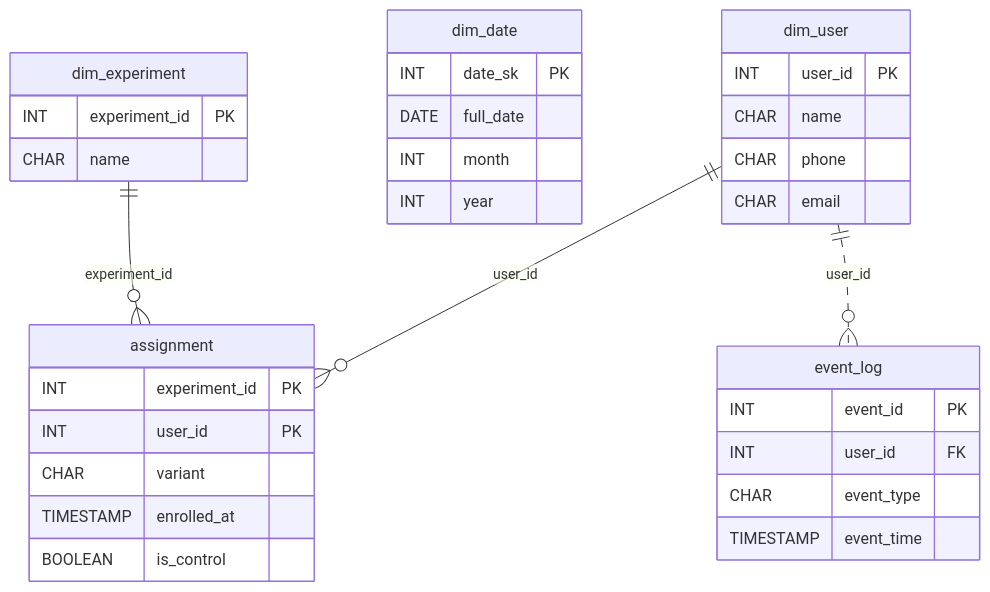
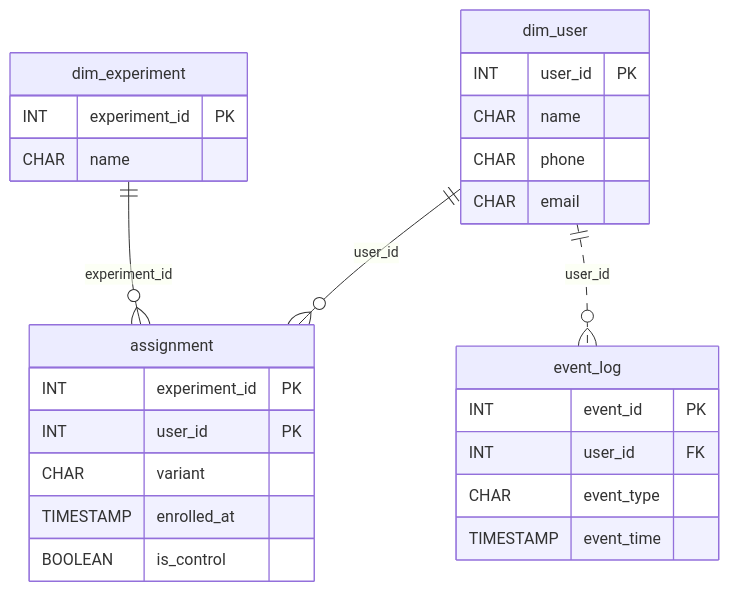
Before and after one commit to Khangtran94/datadriven-practice: the diagram in practice/data_modeling/one-door-each/README.md, drawn with Mermaid. The commit also changed 2 other files, not shown here.

Commit message:
Solve one-door-each

````diff
--- a/practice/data_modeling/one-door-each/README.md
+++ b/practice/data_modeling/one-door-each/README.md
@@ -18,35 +18,29 @@
 ```mermaid
 erDiagram
     dim_user {
         INT user_id PK
         CHAR name
         CHAR phone
         CHAR email
-    }
-    dim_date {
-        INT date_sk PK
-        DATE full_date
-        INT month
-        INT year
     }
     dim_experiment {
         INT experiment_id PK
         CHAR name
     }
     assignment {
         INT experiment_id PK
         INT user_id PK
         CHAR variant
         TIMESTAMP enrolled_at
         BOOLEAN is_control
     }
     event_log {
         INT event_id PK
         INT user_id FK
         CHAR event_type
         TIMESTAMP event_time
     }
     dim_experiment only one to zero or more assignment : "experiment_id"
     dim_user only one to zero or more assignment : "user_id"
     dim_user only one optionally to zero or more event_log : "user_id"
 ```
````
